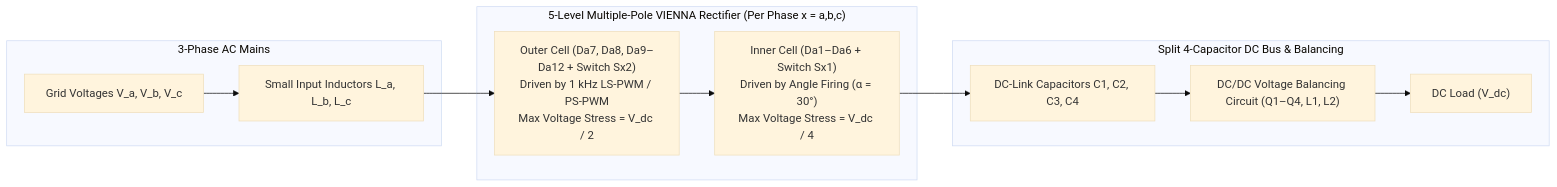
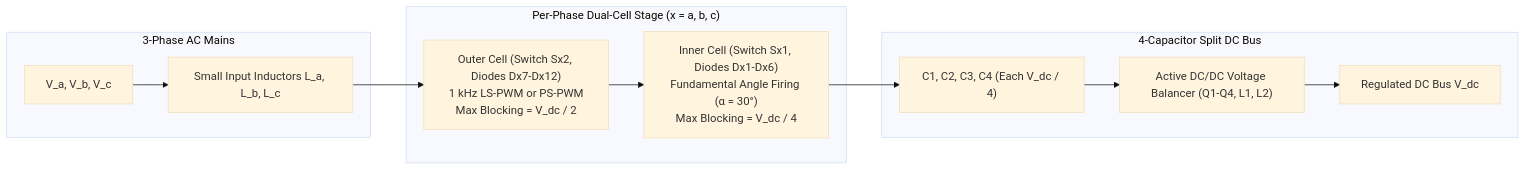
One commit to JeremyHow-source/Electronics changed the diagram in Reading/notes/5L_MVR_Vienna_Rectifier_Notes.md. Above: the diagram before and after it, drawn with Mermaid (base theme). The commit also changed other lines of this file and 82 other files, not shown here.

````diff
--- a/Reading/notes/5L_MVR_Vienna_Rectifier_Notes.md
+++ b/Reading/notes/5L_MVR_Vienna_Rectifier_Notes.md
@@ -25,15 +13,15 @@
 ```mermaid
 flowchart LR
-    subgraph Grid["3-Phase AC Mains"]
-        Vabc["Grid Voltages V_a, V_b, V_c"] --> Labc["Small Input Inductors L_a, L_b, L_c"]
+    subgraph Mains["3-Phase AC Mains"]
+        Vabc["V_a, V_b, V_c"] --> Lf["Small Input Inductors L_a, L_b, L_c"]
     end
-    subgraph MVR["5-Level Multiple-Pole VIENNA Rectifier (Per Phase x = a,b,c)"]
-        Labc --> Outer["Outer Cell (Da7, Da8, Da9–Da12 + Switch Sx2)\nDriven by 1 kHz LS-PWM / PS-PWM\nMax Voltage Stress = V_dc / 2"]
-        Outer --> Inner["Inner Cell (Da1–Da6 + Switch Sx1)\nDriven by Angle Firing (α = 30°)\nMax Voltage Stress = V_dc / 4"]
+    subgraph Cells["Per-Phase Dual-Cell Stage (x = a, b, c)"]
+        Lf --> Outer["Outer Cell (Switch Sx2, Diodes Dx7-Dx12)\n1 kHz LS-PWM or PS-PWM\nMax Blocking = V_dc / 2"]
+        Outer --> Inner["Inner Cell (Switch Sx1, Diodes Dx1-Dx6)\nFundamental Angle Firing (α = 30°)\nMax Blocking = V_dc / 4"]
     end
-    subgraph DCLink["Split 4-Capacitor DC Bus & Balancing"]
-        Inner --> Caps["DC-Link Capacitors C1, C2, C3, C4"]
-        Caps --> Bal["DC/DC Voltage Balancing Circuit (Q1–Q4, L1, L2)"]
-        Bal --> Load["DC Load (V_dc)"]
+    subgraph DCBus["4-Capacitor Split DC Bus"]
+        Inner --> Caps["C1, C2, C3, C4 (Each V_dc / 4)"]
+        Caps --> Bal["Active DC/DC Voltage Balancer (Q1-Q4, L1, L2)"]
+        Bal --> Load["Regulated DC Bus V_dc"]
     end
 ```
````
